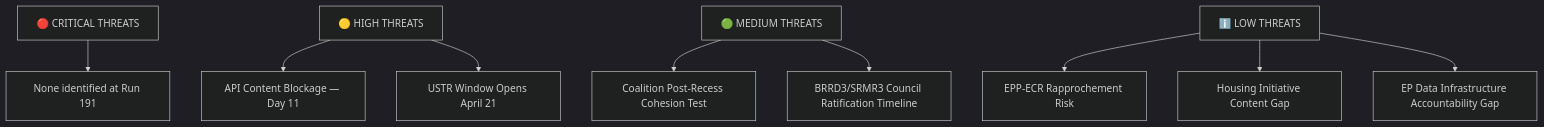
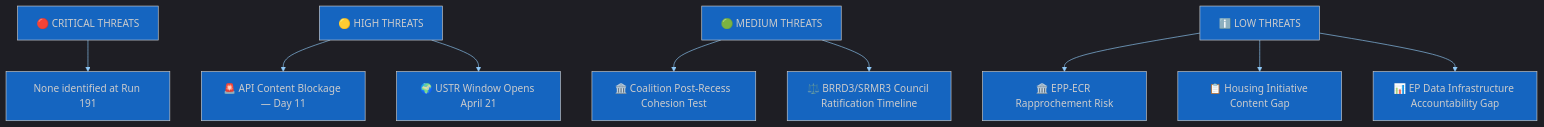
One commit to Hack23/euparliamentmonitor changed the first of 2 diagrams in analysis/daily/2026-04-20/breaking-run191/threat-assessment/political-threat-landscape.md. Above: the diagram before and after it, drawn with Mermaid. The commit also changed other lines of this file and 19 other files, not shown here.

````diff
--- a/analysis/daily/2026-04-20/breaking-run191/threat-assessment/political-threat-landscape.md
+++ b/analysis/daily/2026-04-20/breaking-run191/threat-assessment/political-threat-landscape.md
@@ -20,12 +20,12 @@
 ```mermaid
-%%{init: {"theme": "dark"}}%%
+%%{init: {"theme":"dark","themeVariables":{"primaryColor":"#1565C0","primaryTextColor":"#ffffff","primaryBorderColor":"#0A3F7F","lineColor":"#90CAF9","secondaryColor":"#2E7D32","secondaryTextColor":"#ffffff","secondaryBorderColor":"#0F3F00","tertiaryColor":"#FF9800","tertiaryTextColor":"#000000","tertiaryBorderColor":"#7F4F00","mainBkg":"#1565C0","secondBkg":"#2E7D32","tertiaryBkg":"#FF9800","noteBkgColor":"#FFC107","noteTextColor":"#000000","errorBkgColor":"#D32F2F","errorTextColor":"#ffffff","fontFamily":"Inter, Helvetica, Arial, sans-serif"}}}%%
 flowchart TD
     A[🔴 CRITICAL THREATS] --> B[None identified at Run 191]
-    C[🟡 HIGH THREATS] --> D[API Content Blockage — Day 11]
-    C --> E[USTR Window Opens April 21]
-    F[🟢 MEDIUM THREATS] --> G[Coalition Post-Recess Cohesion Test]
-    F --> H[BRRD3/SRMR3 Council Ratification Timeline]
-    I[ℹ️ LOW THREATS] --> J[EPP-ECR Rapprochement Risk]
-    I --> K[Housing Initiative Content Gap]
-    I --> L[EP Data Infrastructure Accountability Gap]
+    C[🟡 HIGH THREATS] --> D[🚨 API Content Blockage — Day 11]
+    C --> E[🌍 USTR Window Opens April 21]
+    F[🟢 MEDIUM THREATS] --> G[🏛️ Coalition Post-Recess Cohesion Test]
+    F --> H[⚖️ BRRD3/SRMR3 Council Ratification Timeline]
+    I[ℹ️ LOW THREATS] --> J[🏛️ EPP-ECR Rapprochement Risk]
+    I --> K[📋 Housing Initiative Content Gap]
+    I --> L[📊 EP Data Infrastructure Accountability Gap]
 ```
````
